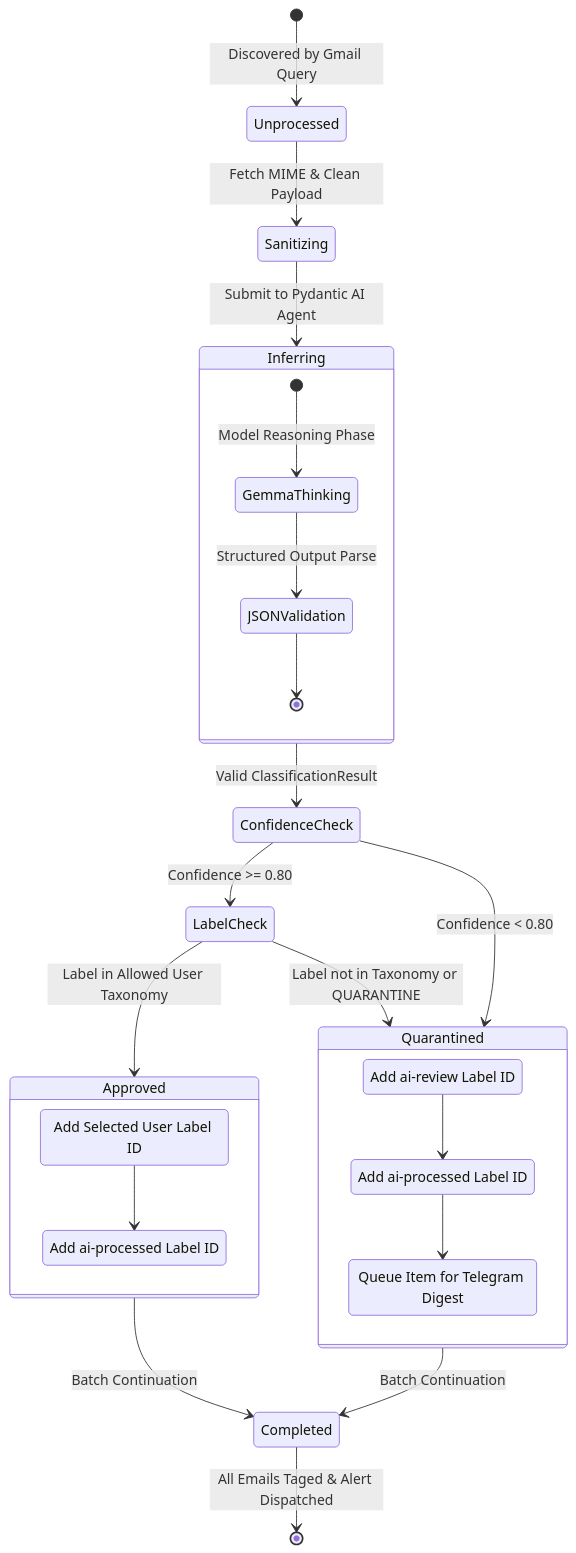
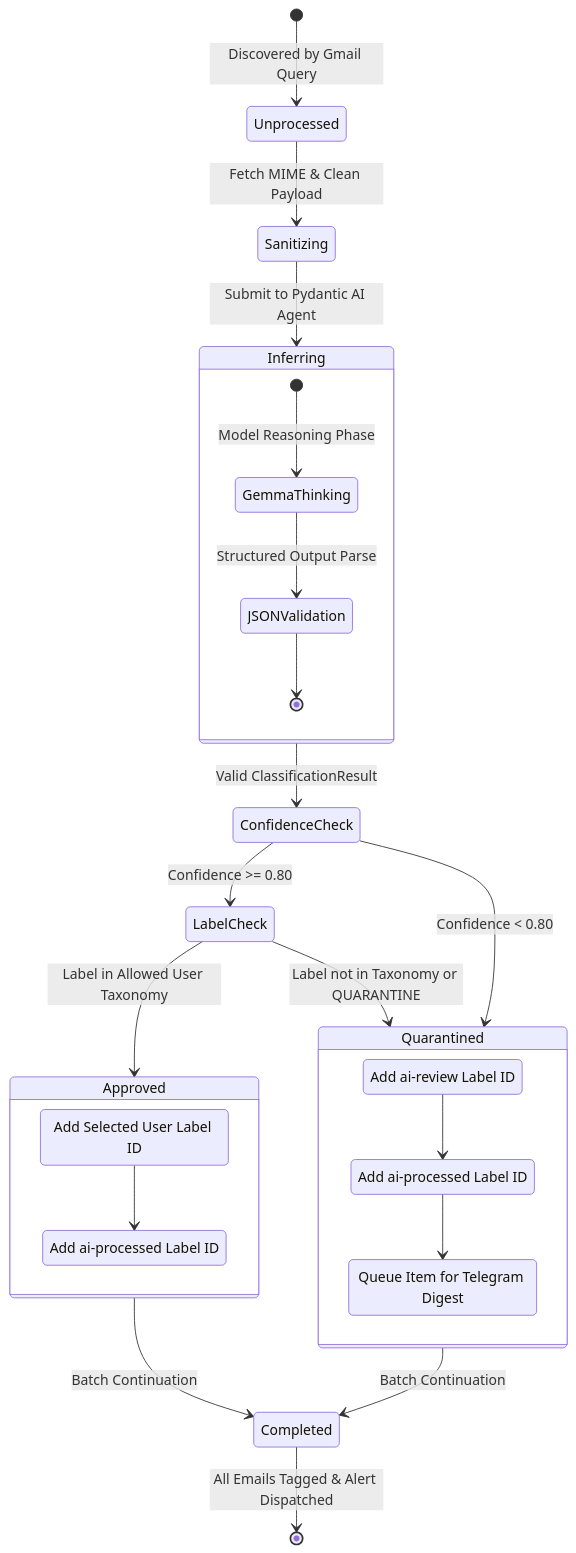
The fourth of 4 diagrams in docs/src/content/docs/explanation/gmail-classifier.md (nsudhanva/homelab), drawn with Mermaid before and after one commit. The commit also changed other lines of this file and 9 other files, not shown here.

````diff
--- a/docs/src/content/docs/explanation/gmail-classifier.md
+++ b/docs/src/content/docs/explanation/gmail-classifier.md
@@ -203,40 +203,40 @@
 ```mermaid
 stateDiagram-v2
     [*] --> Unprocessed: Discovered by Gmail Query
     Unprocessed --> Sanitizing: Fetch MIME & Clean Payload
     Sanitizing --> Inferring: Submit to Pydantic AI Agent
 
     state Inferring {
         [*] --> GemmaThinking: Model Reasoning Phase
         GemmaThinking --> JSONValidation: Structured Output Parse
         JSONValidation --> [*]
     }
 
     Inferring --> ConfidenceCheck: Valid ClassificationResult
 
     state ConfidenceCheck <<choice>>
     ConfidenceCheck --> LabelCheck: Confidence >= 0.80
     ConfidenceCheck --> Quarantined: Confidence < 0.80
 
     state LabelCheck <<choice>>
     LabelCheck --> Approved: Label in Allowed User Taxonomy
     LabelCheck --> Quarantined: Label not in Taxonomy or QUARANTINE
 
     state Approved {
         ApplyUserLabel: Add Selected User Label ID
         ApplyProcessedApproved: Add ai-processed Label ID
         ApplyUserLabel --> ApplyProcessedApproved
     }
 
     state Quarantined {
         ApplyReviewLabel: Add ai-review Label ID
         ApplyProcessedQuarantine: Add ai-processed Label ID
         LogAlert: Queue Item for Telegram Digest
         ApplyReviewLabel --> ApplyProcessedQuarantine
         ApplyProcessedQuarantine --> LogAlert
     }
 
     Approved --> Completed: Batch Continuation
     Quarantined --> Completed: Batch Continuation
-    Completed --> [*]: All Emails Taged & Alert Dispatched
+    Completed --> [*]: All Emails Tagged & Alert Dispatched
 ```
````
